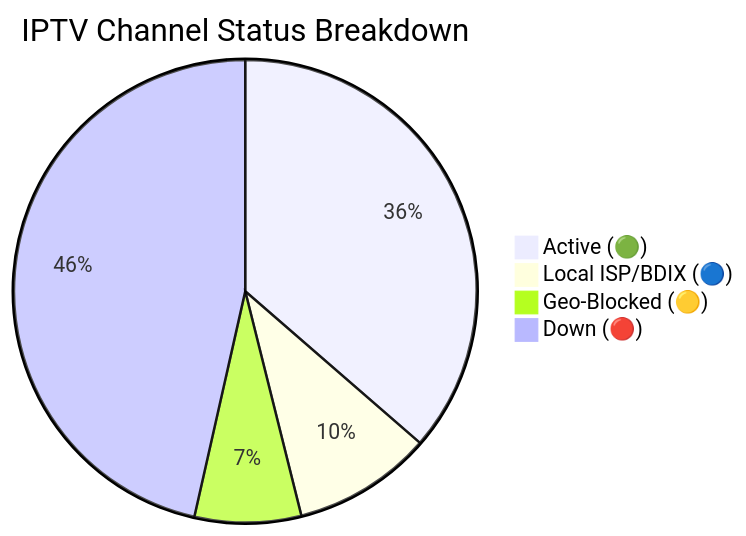
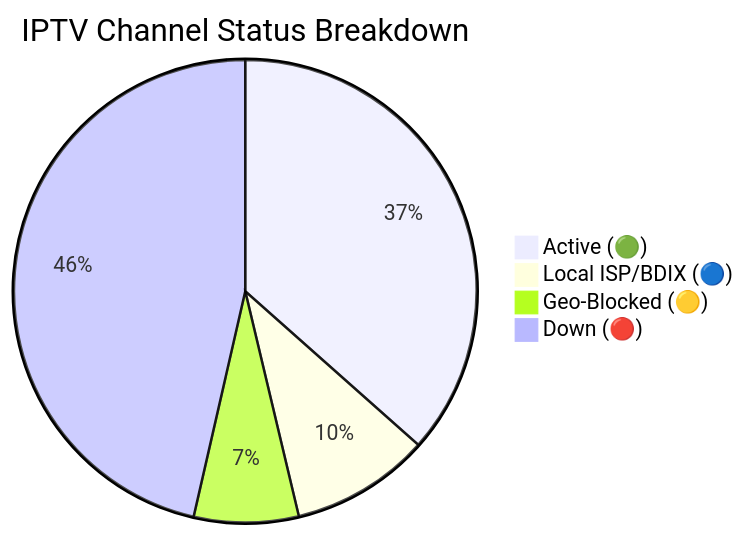
Before and after one commit to Zaman-Topu/Ip-tv-Collection: the diagram in README.md, drawn with Mermaid. The commit also changed other lines of this file and 1 other file, not shown here.

Commit message:
docs(readme): auto-update daily channel status chart

````diff
--- a/README.md
+++ b/README.md
@@ -59,7 +59,7 @@
 ```mermaid
 pie title IPTV Channel Status Breakdown
-    "Active (🟢)" : 2877
+    "Active (🟢)" : 2891
     "Local ISP/BDIX (🔵)" : 769
-    "Geo-Blocked (🟡)" : 588
-    "Down (🔴)" : 3675
+    "Geo-Blocked (🟡)" : 578
+    "Down (🔴)" : 3671
 ```
````
